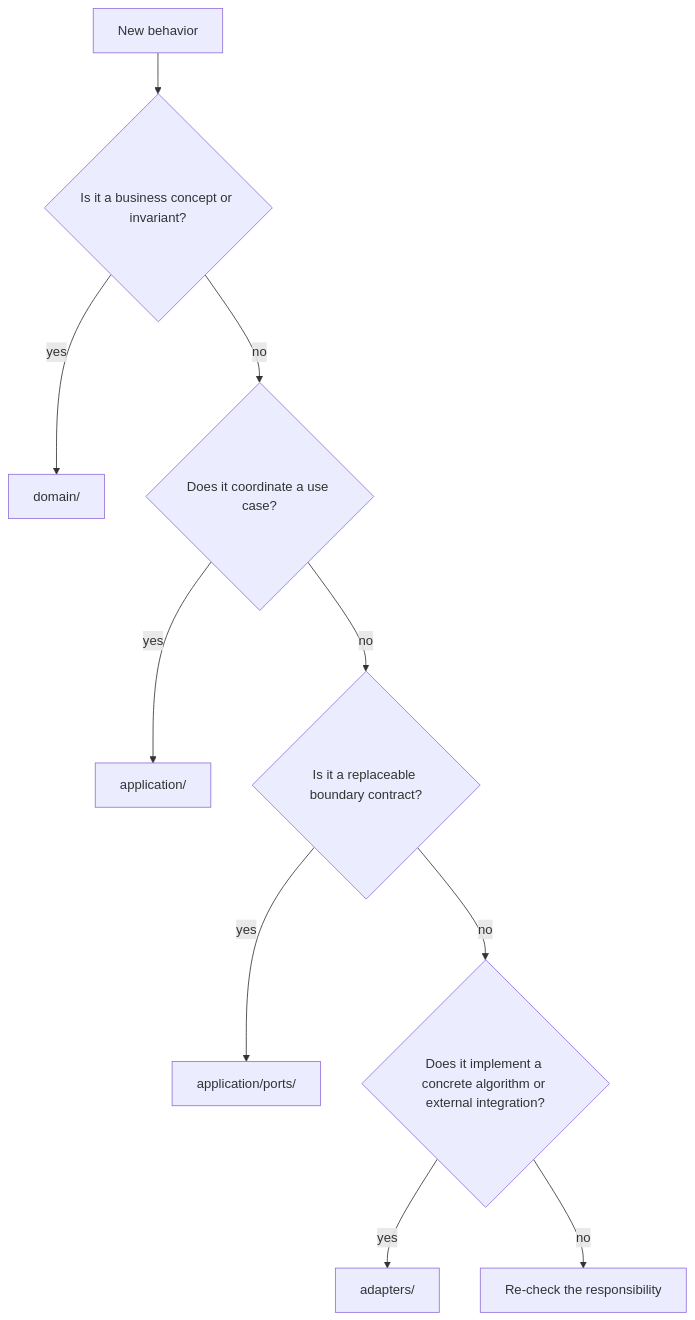
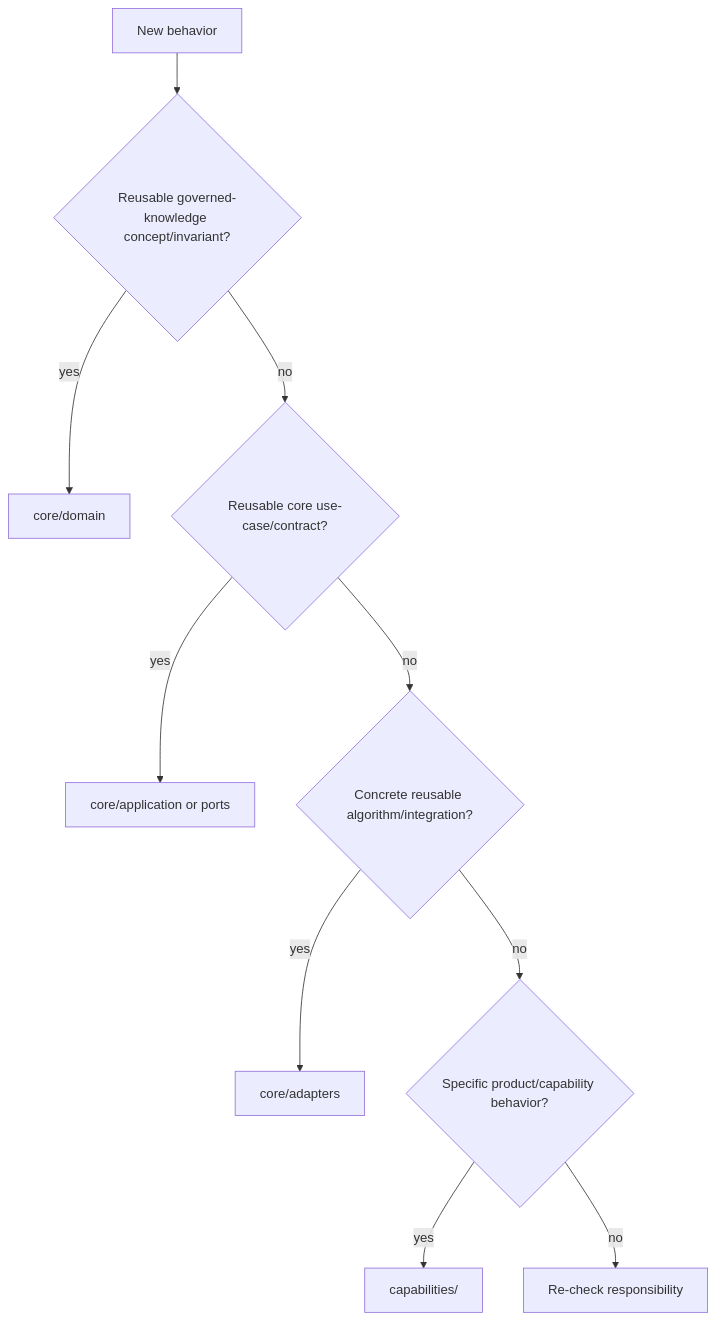
The fifth of 5 diagrams in docs/architecture/CODEBASE_MAP.md (kumarchandansingh/tropos), drawn with Mermaid before and after one commit. The commit also changed other lines of this file and 23 other files, not shown here.

````diff
--- a/docs/architecture/CODEBASE_MAP.md
+++ b/docs/architecture/CODEBASE_MAP.md
@@ -134,12 +171,13 @@
 ```mermaid
 flowchart TD
-    Need[New behavior] --> Q1{Is it a business concept or invariant?}
-    Q1 -- yes --> D[domain/]
-    Q1 -- no --> Q2{Does it coordinate a use case?}
-    Q2 -- yes --> A[application/]
-    Q2 -- no --> Q3{Is it a replaceable boundary contract?}
-    Q3 -- yes --> P[application/ports/]
-    Q3 -- no --> Q4{Does it implement a concrete algorithm or external integration?}
-    Q4 -- yes --> AD[adapters/]
-    Q4 -- no --> Recheck[Re-check the responsibility]
+    Need[New behavior]
+    --> Q1{Reusable governed-knowledge concept/invariant?}
+    Q1 -- yes --> CoreDomain[core/domain]
+    Q1 -- no --> Q2{Reusable core use-case/contract?}
+    Q2 -- yes --> CoreApp[core/application or ports]
+    Q2 -- no --> Q3{Concrete reusable algorithm/integration?}
+    Q3 -- yes --> CoreAdapter[core/adapters]
+    Q3 -- no --> Q4{Specific product/capability behavior?}
+    Q4 -- yes --> Cap[capabilities/<name>]
+    Q4 -- no --> Recheck[Re-check responsibility]
 ```
````
